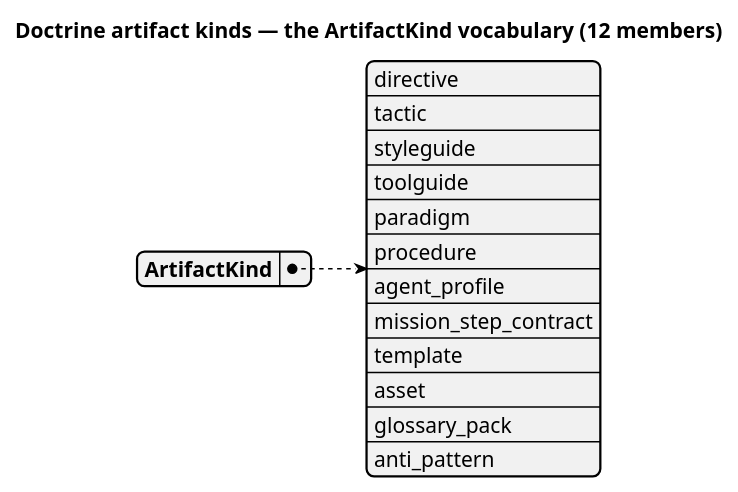
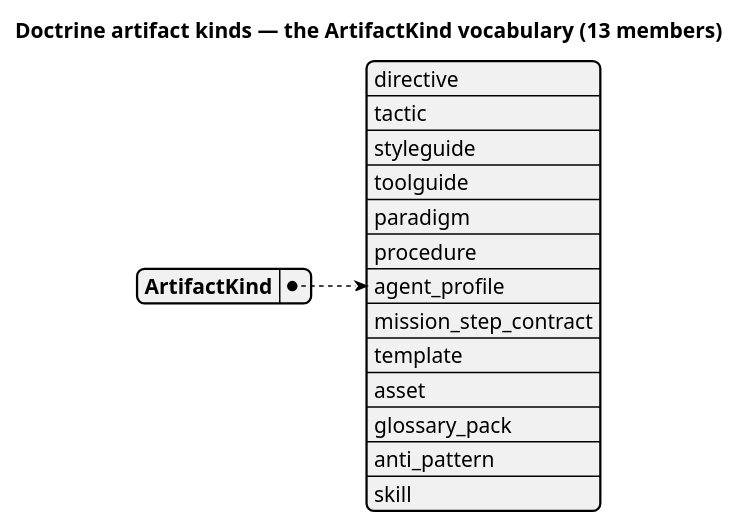
The first of 2 diagrams in docs/architecture/doctrine-kinds.md (anushkaanair/spec-kitty), drawn with PlantUML before and after one commit. The commit also changed other lines of this file and 14 other files, not shown here.

First line of the commit message:
feat(WP02): register the skill artifact kind (enum, NodeKind, org policy, pack context)

````diff
--- a/docs/architecture/doctrine-kinds.md
+++ b/docs/architecture/doctrine-kinds.md
@@ -54,18 +54,19 @@
 ```plantuml
 @startyaml
-title Doctrine artifact kinds — the ArtifactKind vocabulary (12 members)
+title Doctrine artifact kinds — the ArtifactKind vocabulary (13 members)
 ArtifactKind:
   - directive
   - tactic
   - styleguide
   - toolguide
   - paradigm
   - procedure
   - agent_profile
   - mission_step_contract
   - template
   - asset
   - glossary_pack
   - anti_pattern
+  - skill
 @endyaml
 ```
````
